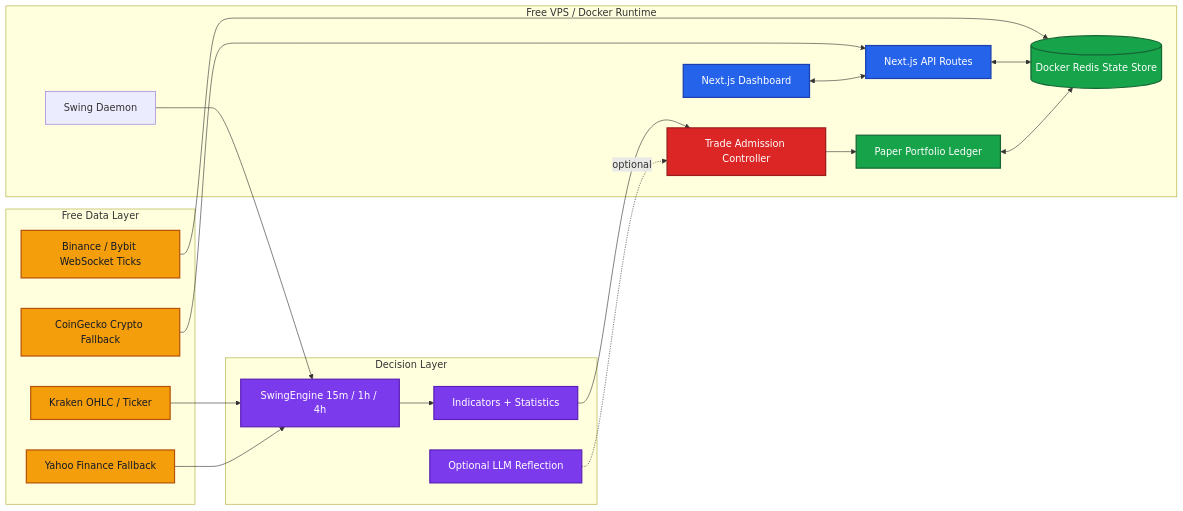
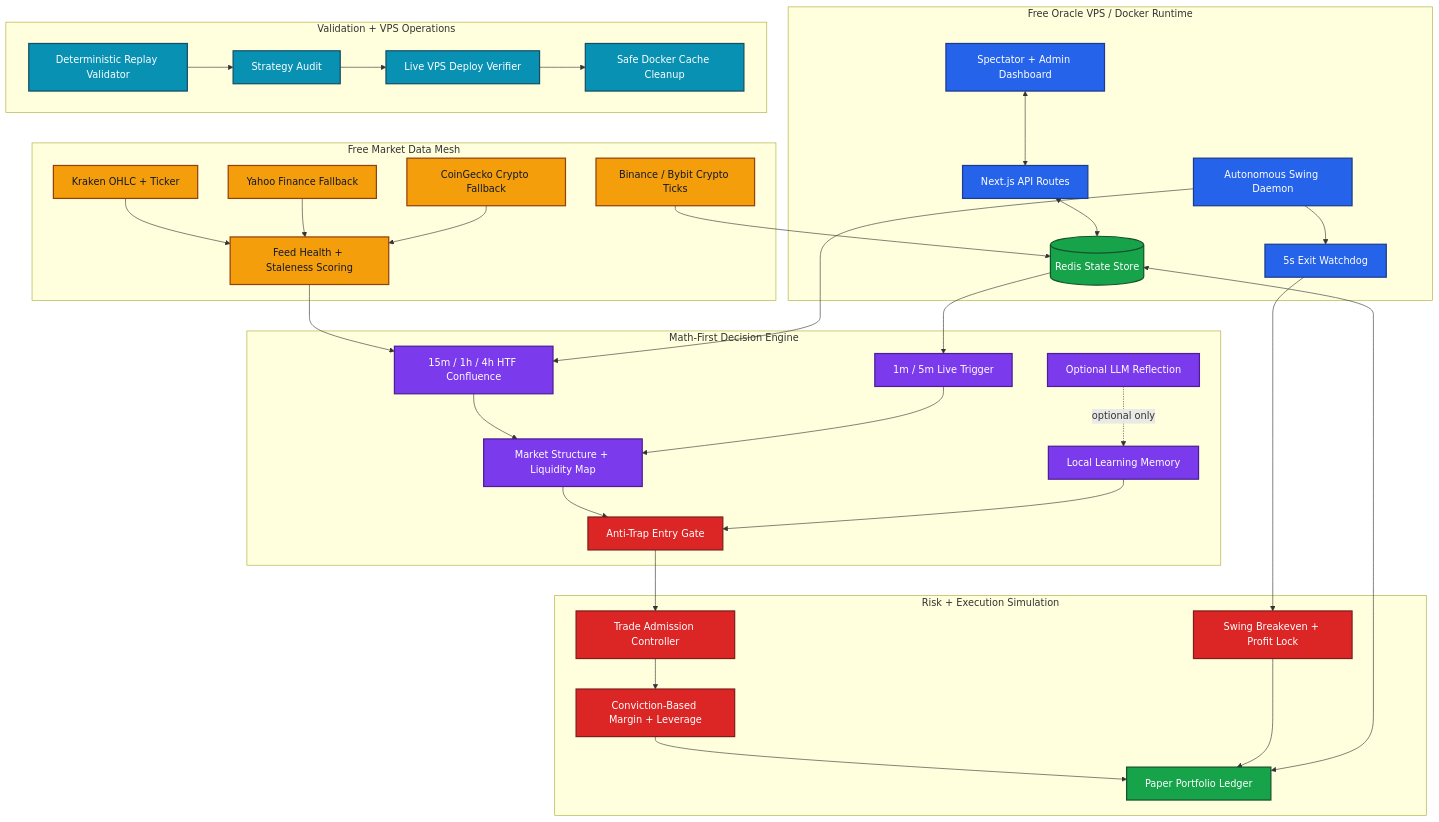
The diagram in README.md (tejashendre/AI-paper-trading-agent), drawn with Mermaid before and after one commit. The commit also changed other lines of this file and 8 other files, not shown here.

Commit message:
feat: add liquidity anti-trap swing gate

````diff
--- a/README.md
+++ b/README.md
@@ -28,49 +31,80 @@
 ```mermaid
-flowchart LR
-    subgraph VPS["Free VPS / Docker Runtime"]
-        Dashboard["Next.js Dashboard"]
+flowchart TB
+    subgraph Runtime["Free Oracle VPS / Docker Runtime"]
+        Dashboard["Spectator + Admin Dashboard"]
         Api["Next.js API Routes"]
-        Redis[("Docker Redis State Store")]
-        Daemon["Swing Daemon"]
-        Risk["Trade Admission Controller"]
-        Portfolio["Paper Portfolio Ledger"]
+        Redis[("Redis State Store")]
+        Daemon["Autonomous Swing Daemon"]
+        Watchdog["5s Exit Watchdog"]
     end
 
-    subgraph Data["Free Data Layer"]
-        WS["Binance / Bybit WebSocket Ticks"]
-        Kraken["Kraken OHLC / Ticker"]
+    subgraph Data["Free Market Data Mesh"]
+        CryptoWS["Binance / Bybit Crypto Ticks"]
+        Kraken["Kraken OHLC + Ticker"]
         Yahoo["Yahoo Finance Fallback"]
         CoinGecko["CoinGecko Crypto Fallback"]
+        FeedHealth["Feed Health + Staleness Scoring"]
     end
 
-    subgraph Brain["Decision Layer"]
-        Swing["SwingEngine 15m / 1h / 4h"]
-        Indicators["Indicators + Statistics"]
+    subgraph Intelligence["Math-First Decision Engine"]
+        HTF["15m / 1h / 4h HTF Confluence"]
+        Trigger["1m / 5m Live Trigger"]
+        Liquidity["Market Structure + Liquidity Map"]
+        TrapGate["Anti-Trap Entry Gate"]
+        Learning["Local Learning Memory"]
         LLM["Optional LLM Reflection"]
     end
 
-    WS --> Redis
-    Kraken --> Swing
-    Yahoo --> Swing
-    CoinGecko --> Api
+    subgraph Risk["Risk + Execution Simulation"]
+        Admission["Trade Admission Controller"]
+        Sizing["Conviction-Based Margin + Leverage"]
+        ProfitLock["Swing Breakeven + Profit Lock"]
+        Ledger["Paper Portfolio Ledger"]
+    end
+
+    subgraph Ops["Validation + VPS Operations"]
+        Replay["Deterministic Replay Validator"]
+        Audit["Strategy Audit"]
+        DeployCheck["Live VPS Deploy Verifier"]
+        Maintenance["Safe Docker Cache Cleanup"]
+    end
+
+    CryptoWS --> Redis
+    Kraken --> FeedHealth
+    Yahoo --> FeedHealth
+    CoinGecko --> FeedHealth
+    FeedHealth --> HTF
+    Redis --> Trigger
     Dashboard <--> Api
     Api <--> Redis
-    Daemon --> Swing
-    Swing --> Indicators
-    Indicators --> Risk
-    LLM -. optional .-> Risk
-    Risk --> Portfolio
-    Portfolio <--> Redis
+    Daemon --> HTF
+    Daemon --> Watchdog
+    HTF --> Liquidity
+    Trigger --> Liquidity
+    Liquidity --> TrapGate
+    Learning --> TrapGate
+    LLM -. optional only .-> Learning
+    TrapGate --> Admission
+    Admission --> Sizing
+    Sizing --> Ledger
+    Watchdog --> ProfitLock
+    ProfitLock --> Ledger
+    Ledger <--> Redis
+    Replay --> Audit
+    Audit --> DeployCheck
+    DeployCheck --> Maintenance
 
-    classDef ui fill:#2563eb,stroke:#1e40af,color:#fff,stroke-width:2px;
-    classDef state fill:#16a34a,stroke:#166534,color:#fff,stroke-width:2px;
-    classDef data fill:#f59e0b,stroke:#b45309,color:#111827,stroke-width:2px;
-    classDef brain fill:#7c3aed,stroke:#5b21b6,color:#fff,stroke-width:2px;
-    classDef risk fill:#dc2626,stroke:#991b1b,color:#fff,stroke-width:2px;
+    classDef runtime fill:#2563eb,stroke:#1e3a8a,color:#fff,stroke-width:2px;
+    classDef data fill:#f59e0b,stroke:#92400e,color:#111827,stroke-width:2px;
+    classDef brain fill:#7c3aed,stroke:#4c1d95,color:#fff,stroke-width:2px;
+    classDef guard fill:#dc2626,stroke:#7f1d1d,color:#fff,stroke-width:2px;
+    classDef state fill:#16a34a,stroke:#14532d,color:#fff,stroke-width:2px;
+    classDef ops fill:#0891b2,stroke:#164e63,color:#fff,stroke-width:2px;
 
-    class Dashboard,Api ui;
-    class Redis,Portfolio state;
-    class WS,Kraken,Yahoo,CoinGecko data;
-    class Swing,Indicators,LLM brain;
-    class Risk risk;
+    class Dashboard,Api,Daemon,Watchdog runtime;
+    class CryptoWS,Kraken,Yahoo,CoinGecko,FeedHealth data;
+    class HTF,Trigger,Liquidity,Learning,LLM brain;
+    class TrapGate,Admission,Sizing,ProfitLock guard;
+    class Redis,Ledger state;
+    class Replay,Audit,DeployCheck,Maintenance ops;
 ```
````
